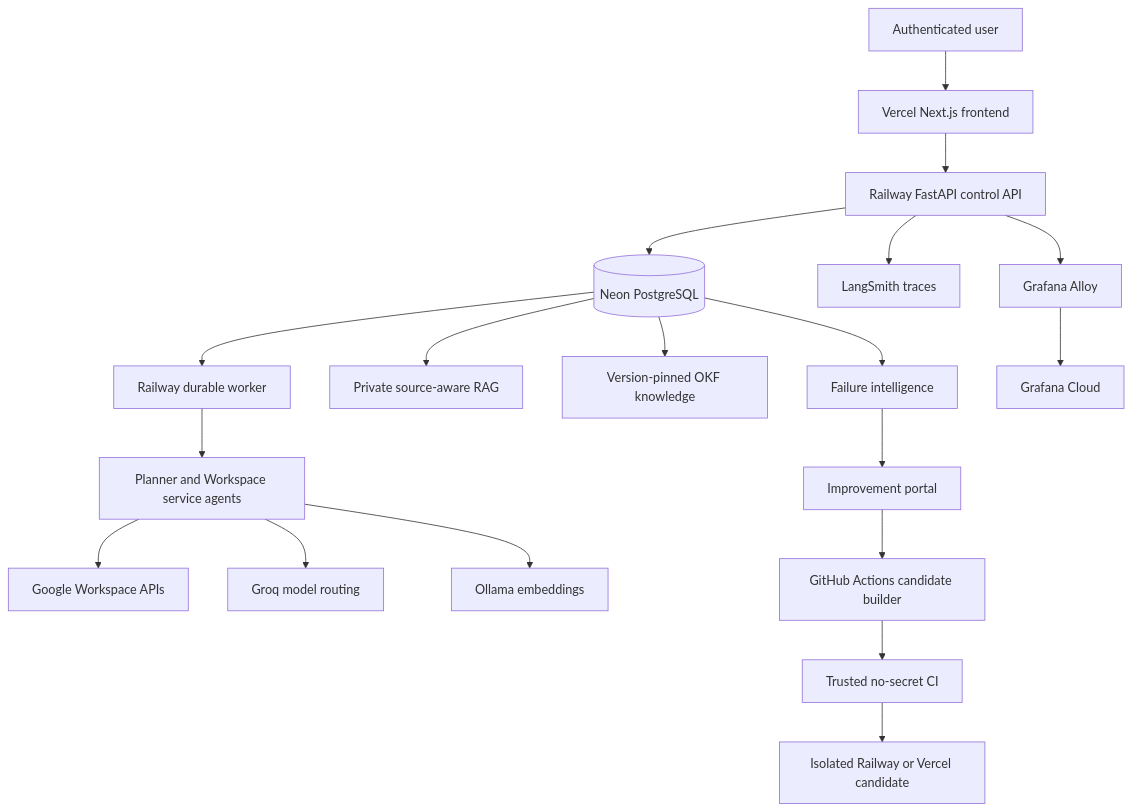
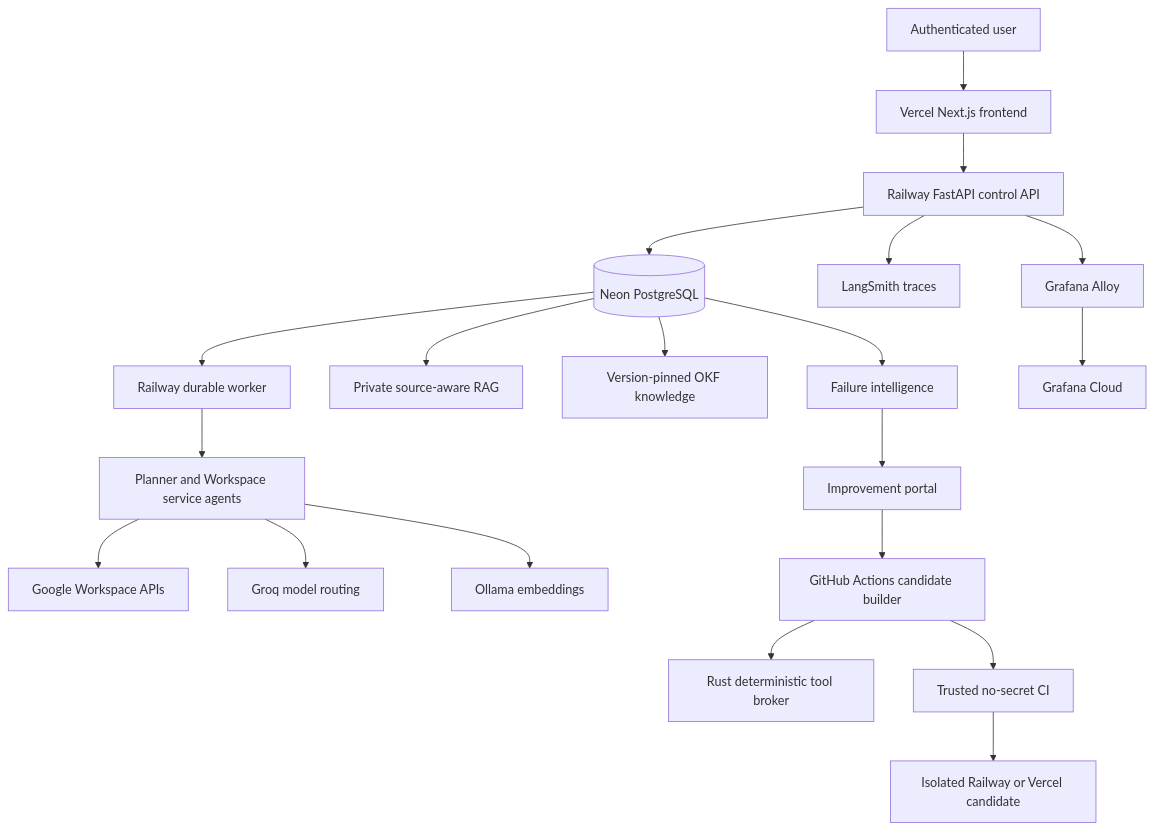
Before and after one commit to agentic-ai-training/google-connector-app: the fourth of 5 diagrams in docs/TEACHING_AGENTIC_SYSTEM_DESIGN.md, drawn with Mermaid. The commit also changed other lines of this file and 17 other files, not shown here.

Commit message:
feat: add secure Rust coding tool broker (#131)

````diff
--- a/docs/TEACHING_AGENTIC_SYSTEM_DESIGN.md
+++ b/docs/TEACHING_AGENTIC_SYSTEM_DESIGN.md
@@ -456,21 +456,22 @@
 ```mermaid
 flowchart TD
     U[Authenticated user] --> V[Vercel Next.js frontend]
     V --> API[Railway FastAPI control API]
     API --> N[(Neon PostgreSQL)]
     N --> W[Railway durable worker]
     W --> AG[Planner and Workspace service agents]
     AG --> G[Google Workspace APIs]
     AG --> GR[Groq model routing]
     AG --> OL[Ollama embeddings]
     N --> RAG[Private source-aware RAG]
     N --> OKF[Version-pinned OKF knowledge]
     API --> LS[LangSmith traces]
     API --> AL[Grafana Alloy]
     AL --> GC[Grafana Cloud]
     N --> FI[Failure intelligence]
     FI --> IP[Improvement portal]
     IP --> CB[GitHub Actions candidate builder]
+    CB --> RB[Rust deterministic tool broker]
     CB --> CI[Trusted no-secret CI]
     CI --> CAN[Isolated Railway or Vercel candidate]
 ```
````
